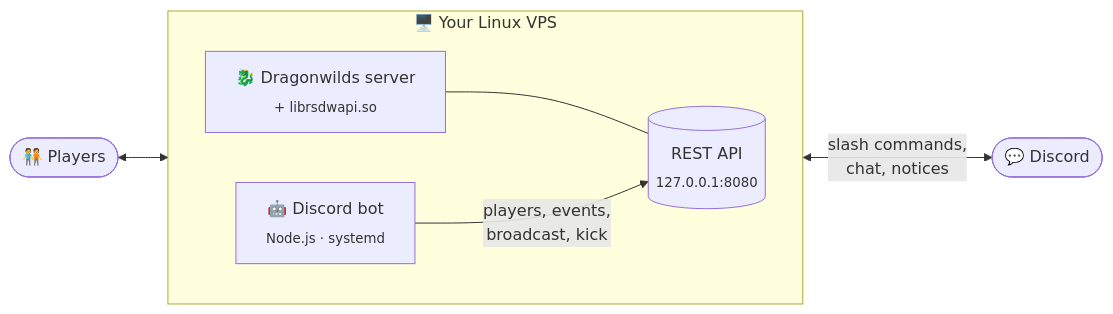
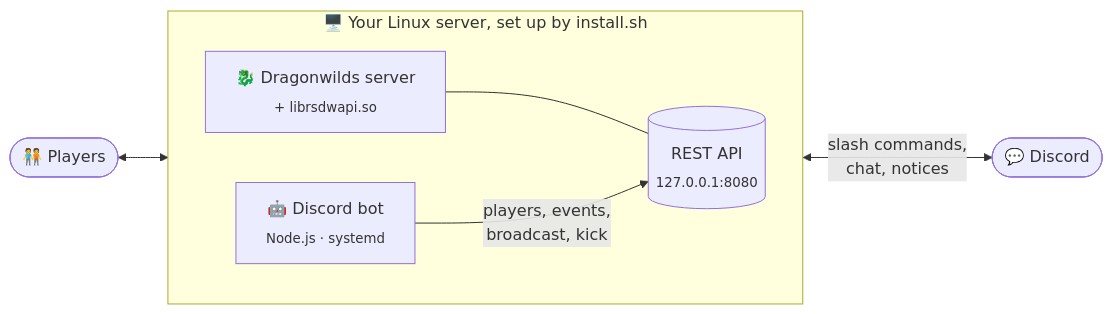
The diagram in README.md (joaopmsilva/RSDWServerAPI), drawn with Mermaid before and after one commit. The commit also changed other lines of this file and 25 other files, not shown here.

````diff
--- a/README.md
+++ b/README.md
@@ -309,13 +396,13 @@
 ```mermaid
 flowchart LR
-    subgraph VPS["🖥️ Your Linux VPS"]
+    subgraph VPS["🖥️ Your Linux server, set up by install.sh"]
         direction LR
         Game["🐉 Dragonwilds server<br/><sub>+ librsdwapi.so</sub>"]
         API[("REST API<br/><sub>127.0.0.1:8080</sub>")]
         Bot["🤖 Discord bot<br/><sub>Node.js · systemd</sub>"]
         Game --- API
         Bot -- "players, events,<br/>broadcast, kick" --> API
     end
     Bot <-- "slash commands,<br/>chat, notices" --> Discord(["💬 Discord"])
     Players(["🧑‍🤝‍🧑 Players"]) <--> Game
 ```
````
